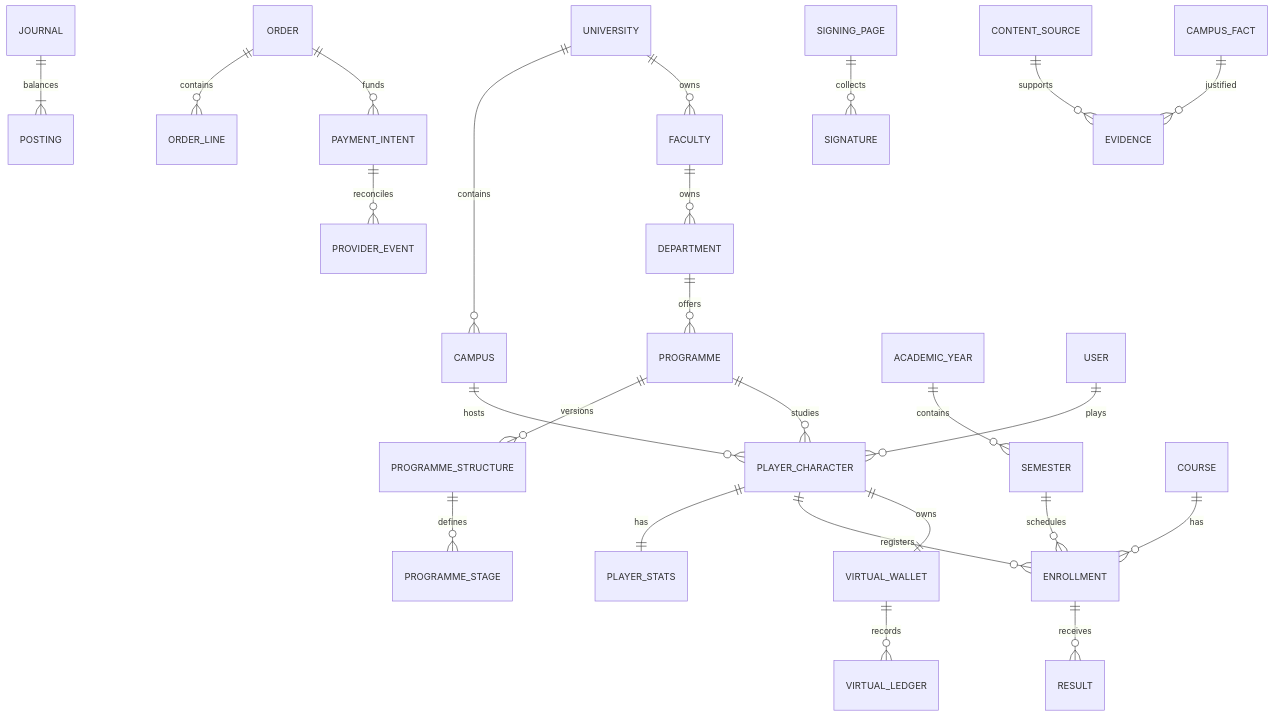
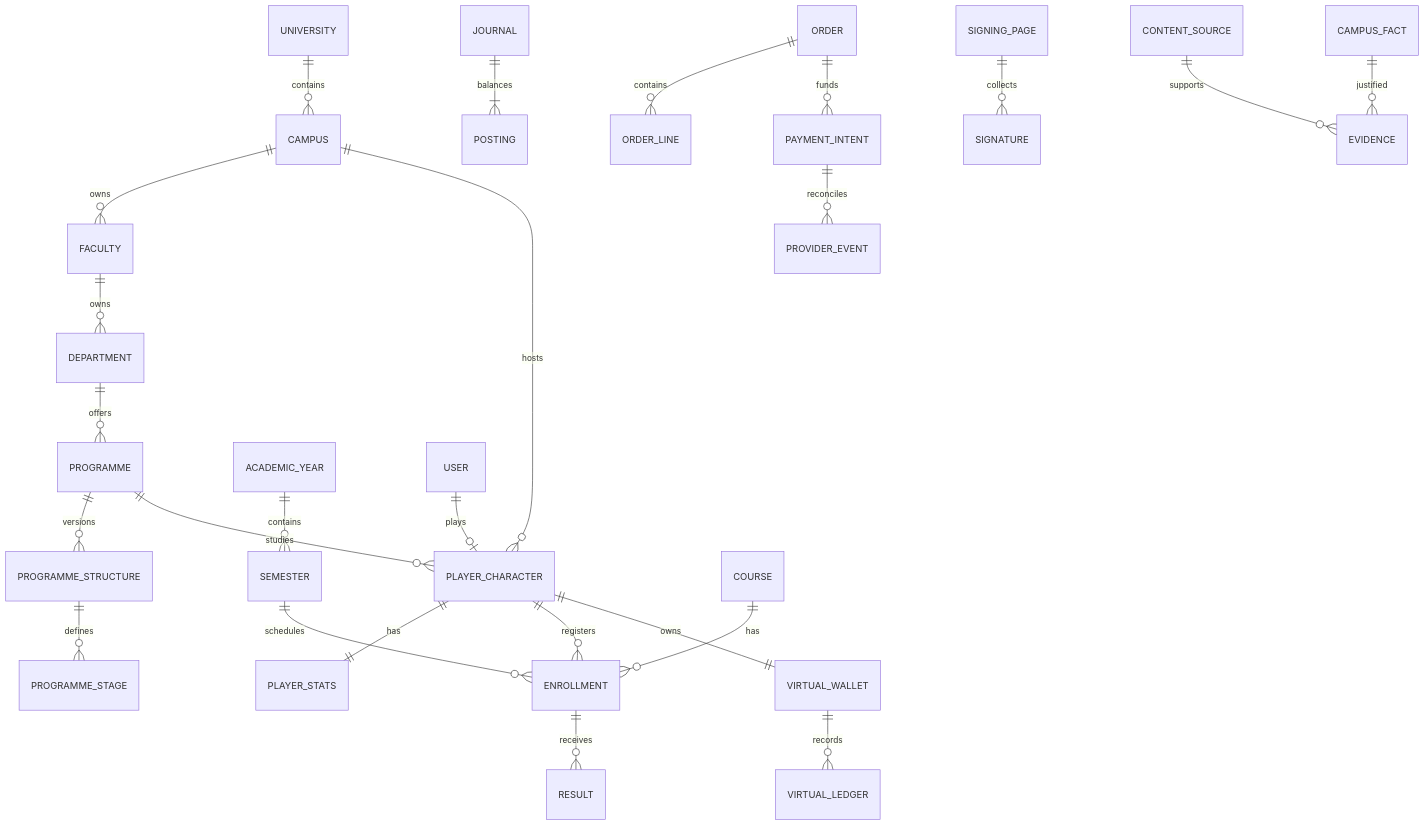
The diagram in docs/domain-model.md (kinglove58/campuswahala), drawn with Mermaid before and after one commit. The commit also changed other lines of this file and 76 other files, not shown here.

````diff
--- a/docs/domain-model.md
+++ b/docs/domain-model.md
@@ -20,27 +22,27 @@
 ```mermaid
 erDiagram
   UNIVERSITY ||--o{ CAMPUS : contains
-  UNIVERSITY ||--o{ FACULTY : owns
+  CAMPUS ||--o{ FACULTY : owns
   FACULTY ||--o{ DEPARTMENT : owns
   DEPARTMENT ||--o{ PROGRAMME : offers
   PROGRAMME ||--o{ PROGRAMME_STRUCTURE : versions
   PROGRAMME_STRUCTURE ||--o{ PROGRAMME_STAGE : defines
   ACADEMIC_YEAR ||--o{ SEMESTER : contains
-  USER ||--o{ PLAYER_CHARACTER : plays
+  USER ||--o| PLAYER_CHARACTER : plays
   CAMPUS ||--o{ PLAYER_CHARACTER : hosts
   PROGRAMME ||--o{ PLAYER_CHARACTER : studies
   PLAYER_CHARACTER ||--|| PLAYER_STATS : has
   PLAYER_CHARACTER ||--o{ ENROLLMENT : registers
   COURSE ||--o{ ENROLLMENT : has
   SEMESTER ||--o{ ENROLLMENT : schedules
   ENROLLMENT ||--o{ RESULT : receives
   PLAYER_CHARACTER ||--|| VIRTUAL_WALLET : owns
   VIRTUAL_WALLET ||--o{ VIRTUAL_LEDGER : records
   PAYMENT_INTENT ||--o{ PROVIDER_EVENT : reconciles
   JOURNAL ||--|{ POSTING : balances
   ORDER ||--o{ ORDER_LINE : contains
   ORDER ||--o{ PAYMENT_INTENT : funds
   SIGNING_PAGE ||--o{ SIGNATURE : collects
   CONTENT_SOURCE ||--o{ EVIDENCE : supports
   CAMPUS_FACT ||--o{ EVIDENCE : justified
 ```
````
